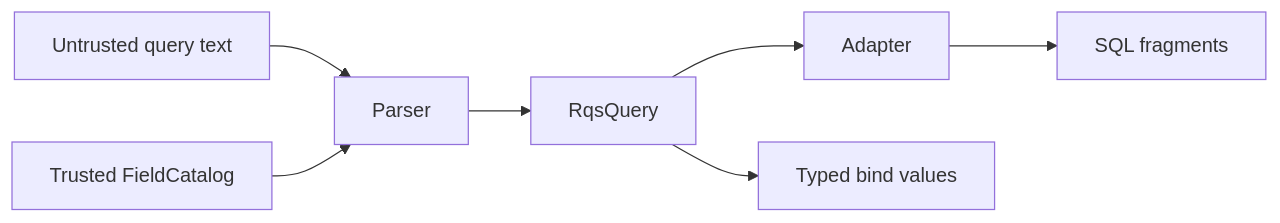
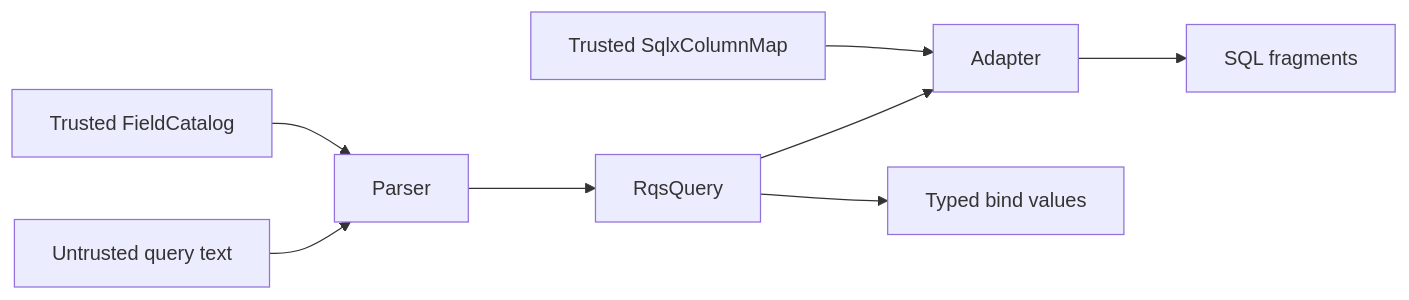
The first of 2 diagrams in docs/security-model.md (OneTesseractInMultiverse/restqs), drawn with Mermaid before and after one commit. The commit also changed other lines of this file and 32 other files, not shown here.

````diff
--- a/docs/security-model.md
+++ b/docs/security-model.md
@@ -10,9 +10,10 @@
 ```mermaid
 flowchart LR
   user["Untrusted query text"] --> parser["Parser"]
   catalog["Trusted FieldCatalog"] --> parser
   parser --> plan["RqsQuery"]
   plan --> adapter["Adapter"]
+  columns["Trusted SqlxColumnMap"] --> adapter
   adapter --> sql["SQL fragments"]
   plan --> binds["Typed bind values"]
 ```
````
